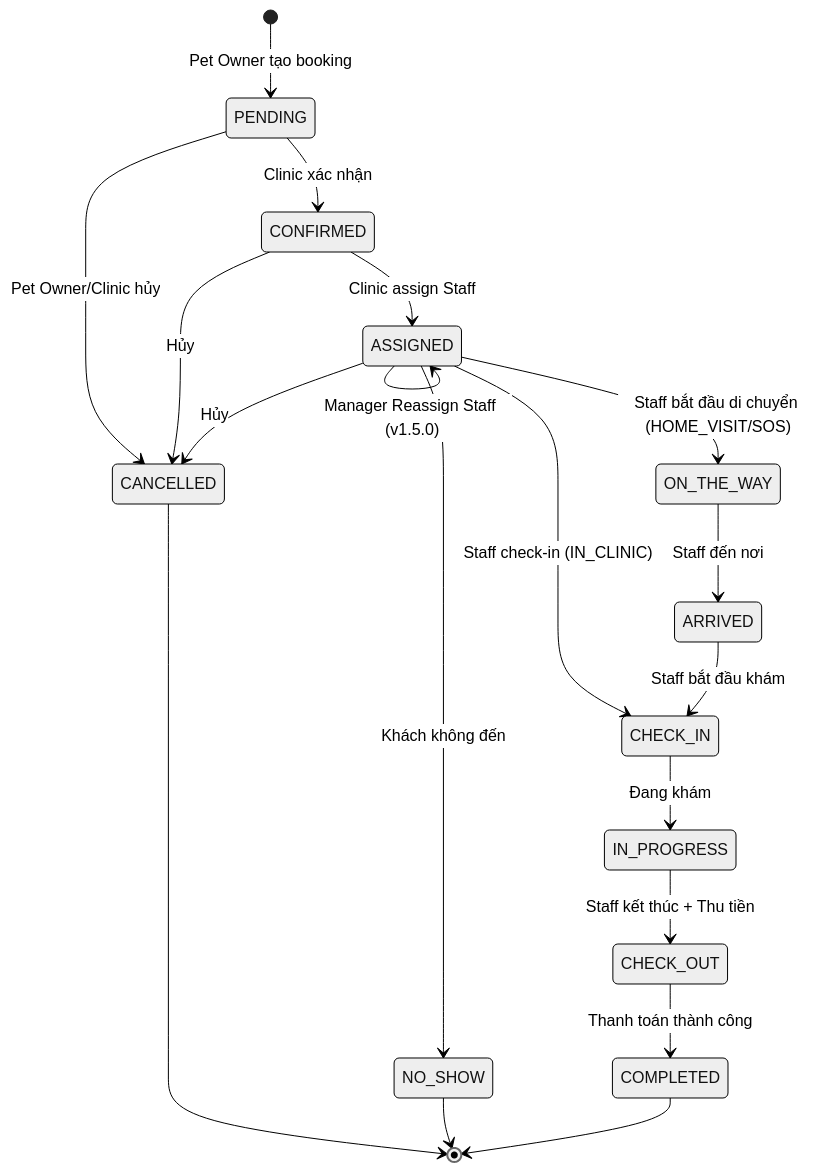
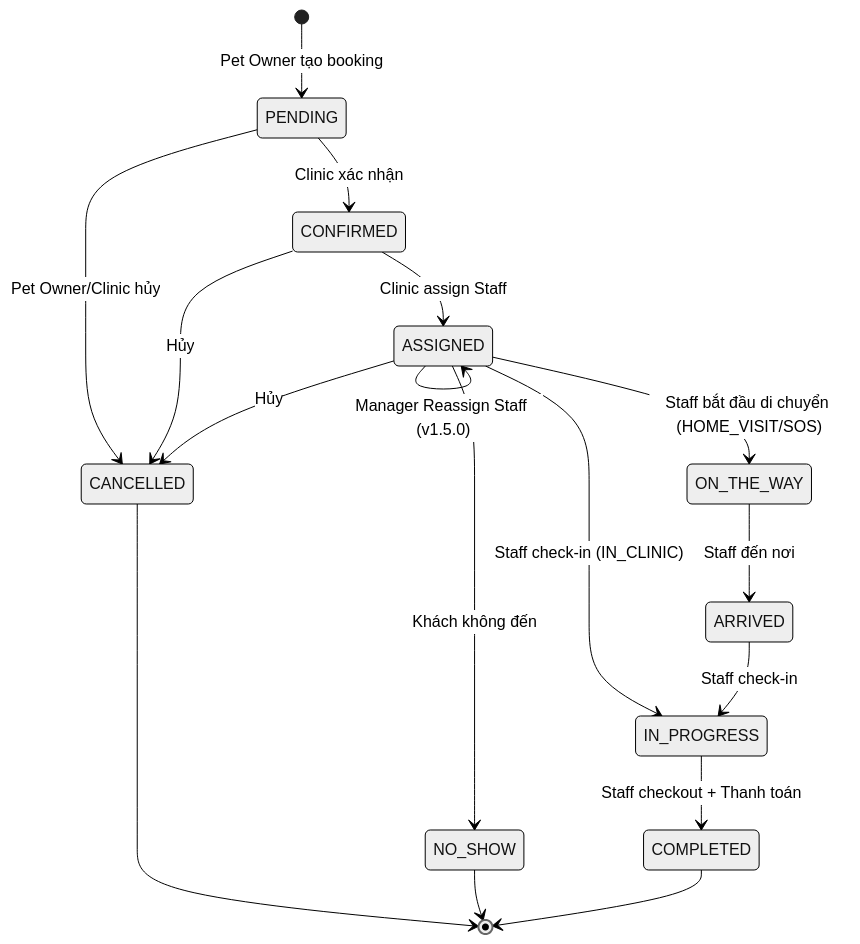
The first of 5 diagrams in docs-references/documentation/BOOKING_WORKFLOW.md (espresso23/Petties-Veterinary-Appointment-Booking-Platform), drawn with Mermaid (neutral theme) before and after one commit. The commit also changed other lines of this file and 24 other files, not shown here.

````diff
--- a/docs-references/documentation/BOOKING_WORKFLOW.md
+++ b/docs-references/documentation/BOOKING_WORKFLOW.md
@@ -10,31 +10,27 @@
 ```mermaid
 stateDiagram-v2
     [*] --> PENDING: Pet Owner tạo booking
     
     PENDING --> CONFIRMED: Clinic xác nhận
     PENDING --> CANCELLED: Pet Owner/Clinic hủy
     
     CONFIRMED --> ASSIGNED: Clinic assign Staff
     CONFIRMED --> CANCELLED: Hủy
     
     ASSIGNED --> ASSIGNED: Manager Reassign Staff (v1.5.0)
     
-    ASSIGNED --> CHECK_IN: Staff check-in (IN_CLINIC)
+    ASSIGNED --> IN_PROGRESS: Staff check-in (IN_CLINIC)
     ASSIGNED --> ON_THE_WAY: Staff bắt đầu di chuyển (HOME_VISIT/SOS)
     ASSIGNED --> NO_SHOW: Khách không đến
     ASSIGNED --> CANCELLED: Hủy
     
     ON_THE_WAY --> ARRIVED: Staff đến nơi
     
-    ARRIVED --> CHECK_IN: Staff bắt đầu khám
+    ARRIVED --> IN_PROGRESS: Staff check-in
     
-    CHECK_IN --> IN_PROGRESS: Đang khám
-    
-    IN_PROGRESS --> CHECK_OUT: Staff kết thúc + Thu tiền
-    
-    CHECK_OUT --> COMPLETED: Thanh toán thành công
+    IN_PROGRESS --> COMPLETED: Staff checkout + Thanh toán
     
     CANCELLED --> [*]
     NO_SHOW --> [*]
     COMPLETED --> [*]
 ```
````
